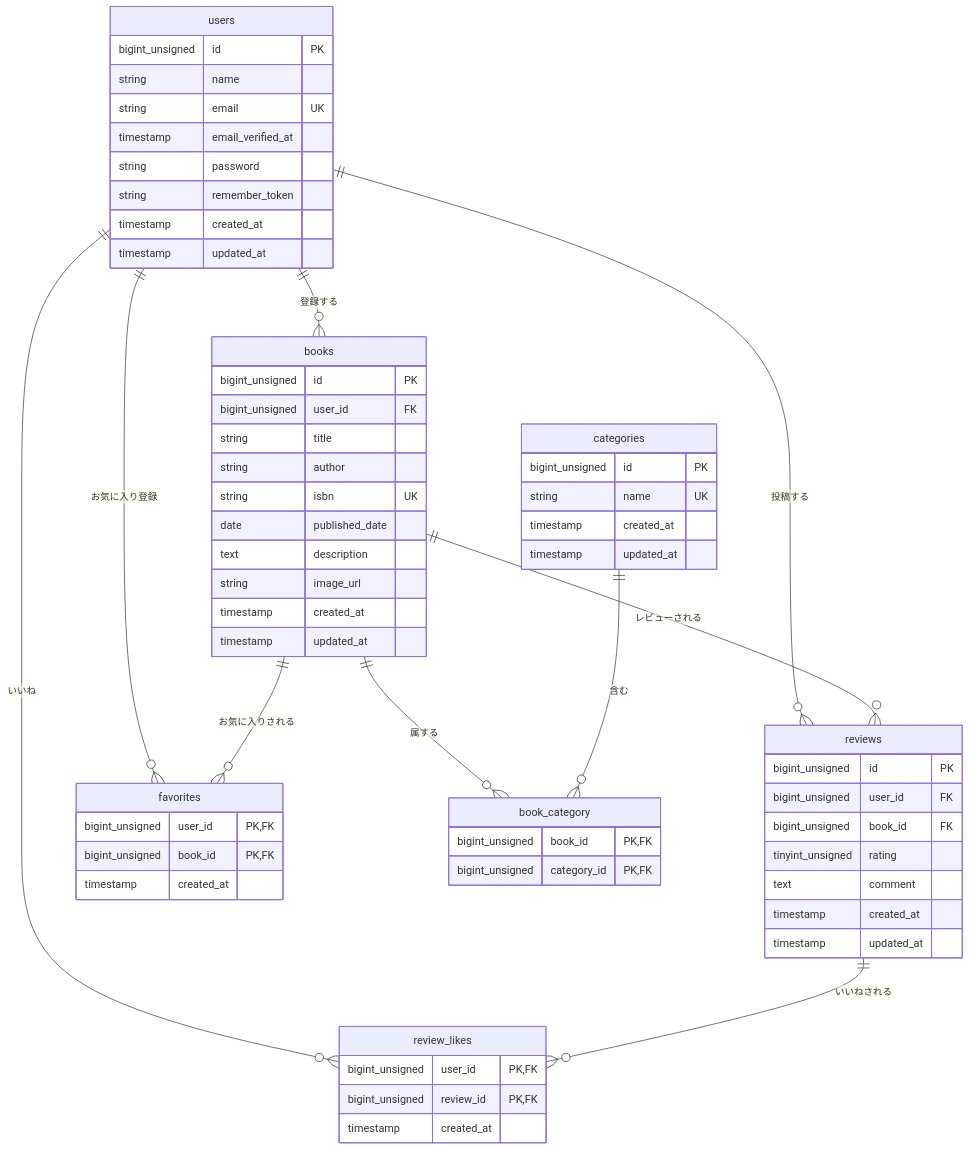
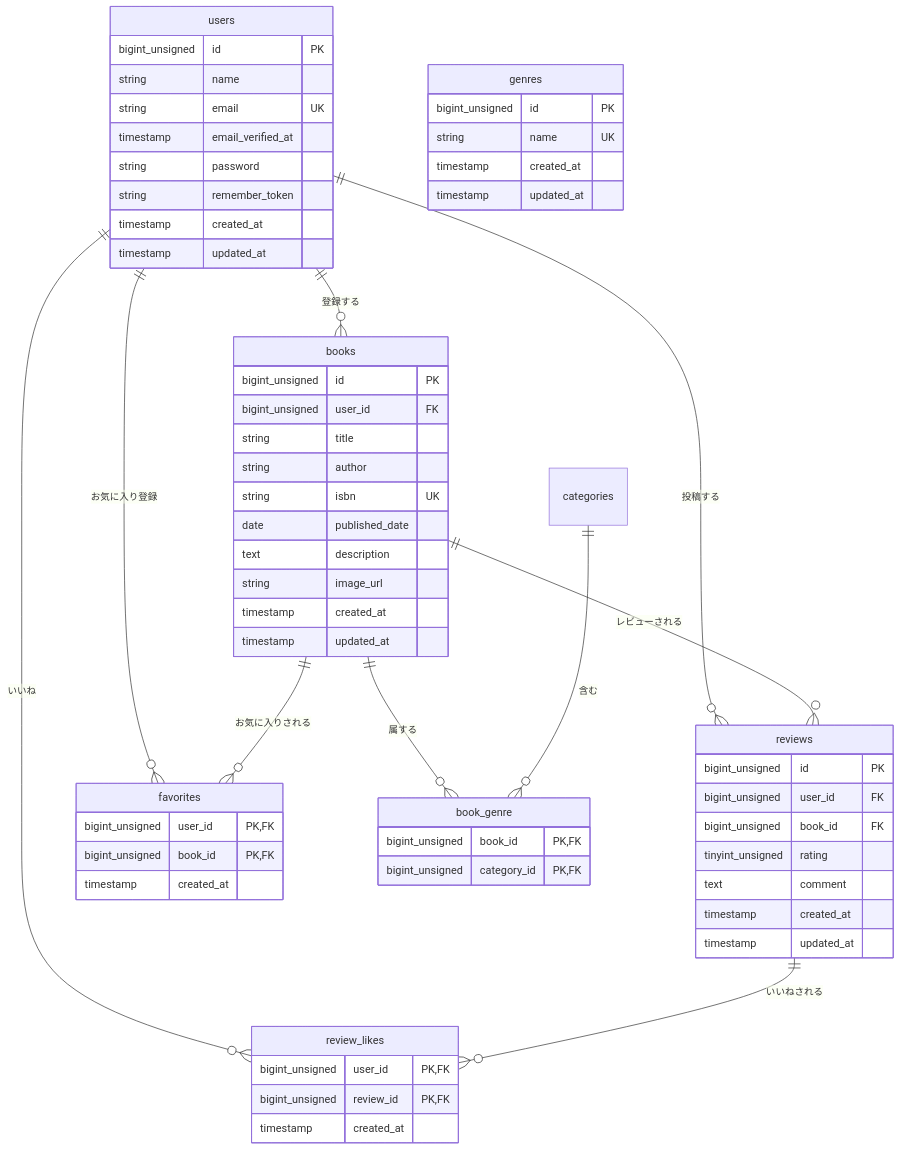
Before and after one commit to kyomiya0220/COACHTECH_BookShelf: the diagram in README.md, drawn with Mermaid. The commit also changed 13 other files, not shown here.

````diff
--- a/README.md
+++ b/README.md
@@ -3,73 +3,73 @@
 ```mermaid
 erDiagram
     users ||--o{ books : "登録する"
     users ||--o{ reviews : "投稿する"
     users ||--o{ favorites : "お気に入り登録"
     users ||--o{ review_likes : "いいね"
 
     books ||--o{ reviews : "レビューされる"
     books ||--o{ favorites : "お気に入りされる"
-    books ||--o{ book_category : "属する"
+    books ||--o{ book_genre : "属する"
 
-    categories ||--o{ book_category : "含む"
+    categories ||--o{ book_genre : "含む"
 
     reviews ||--o{ review_likes : "いいねされる"
 
     users {
         bigint_unsigned id PK
         string name
         string email UK
         timestamp email_verified_at
         string password
         string remember_token
         timestamp created_at
         timestamp updated_at
     }
 
-    categories {
+    genres {
         bigint_unsigned id PK
         string name UK
         timestamp created_at
         timestamp updated_at
     }
 
     books {
         bigint_unsigned id PK
         bigint_unsigned user_id FK
         string title
         string author
         string isbn UK
         date published_date
         text description
         string image_url
         timestamp created_at
         timestamp updated_at
     }
 
-    book_category {
+    book_genre {
         bigint_unsigned book_id PK, FK
         bigint_unsigned category_id PK, FK
     }
 
     reviews {
         bigint_unsigned id PK
         bigint_unsigned user_id FK
         bigint_unsigned book_id FK
         tinyint_unsigned rating
         text comment
         timestamp created_at
         timestamp updated_at
     }
 
     favorites {
         bigint_unsigned user_id PK, FK
         bigint_unsigned book_id PK, FK
         timestamp created_at
     }
 
     review_likes {
         bigint_unsigned user_id PK, FK
         bigint_unsigned review_id PK, FK
         timestamp created_at
     }
 ```
````
